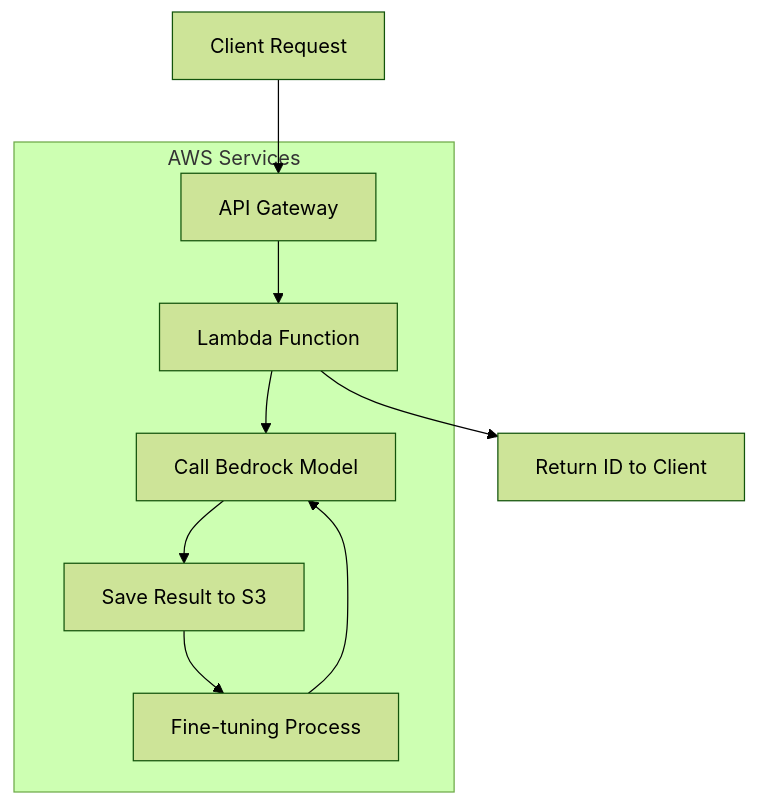
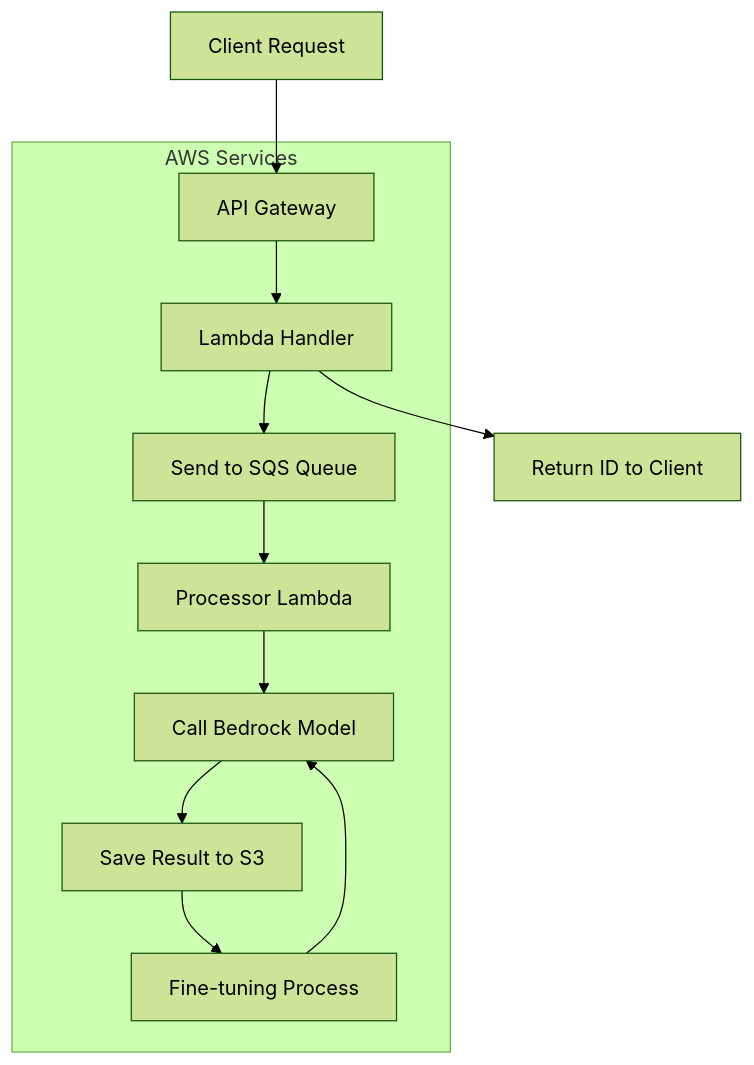
Before and after one commit to Douglas019BR/EstimatorAI: the diagram in architecture.mmd, drawn with Mermaid (forest theme). The commit also changed 8 other files, not shown here.

```diff
--- a/architecture.mmd
+++ b/architecture.mmd
@@ -1,16 +1,20 @@
 graph TD
     A[Client Request] --> B[API Gateway]
-    B --> C[Lambda Function]
+    B --> C[Lambda Handler]
     C --> D[Return ID to Client]
-    C --> E[Call Bedrock Model]
-    E --> F[Save Result to S3]
-    F --> G[Fine-tuning Process]
-    G --> E
+    C --> E[Send to SQS Queue]
+    E --> F[Processor Lambda]
+    F --> G[Call Bedrock Model]
+    G --> H[Save Result to S3]
+    H --> I[Fine-tuning Process]
+    I --> G
     
     subgraph "AWS Services"
         B
         C
         E
         F
         G
+        H
+        I
     end
```
